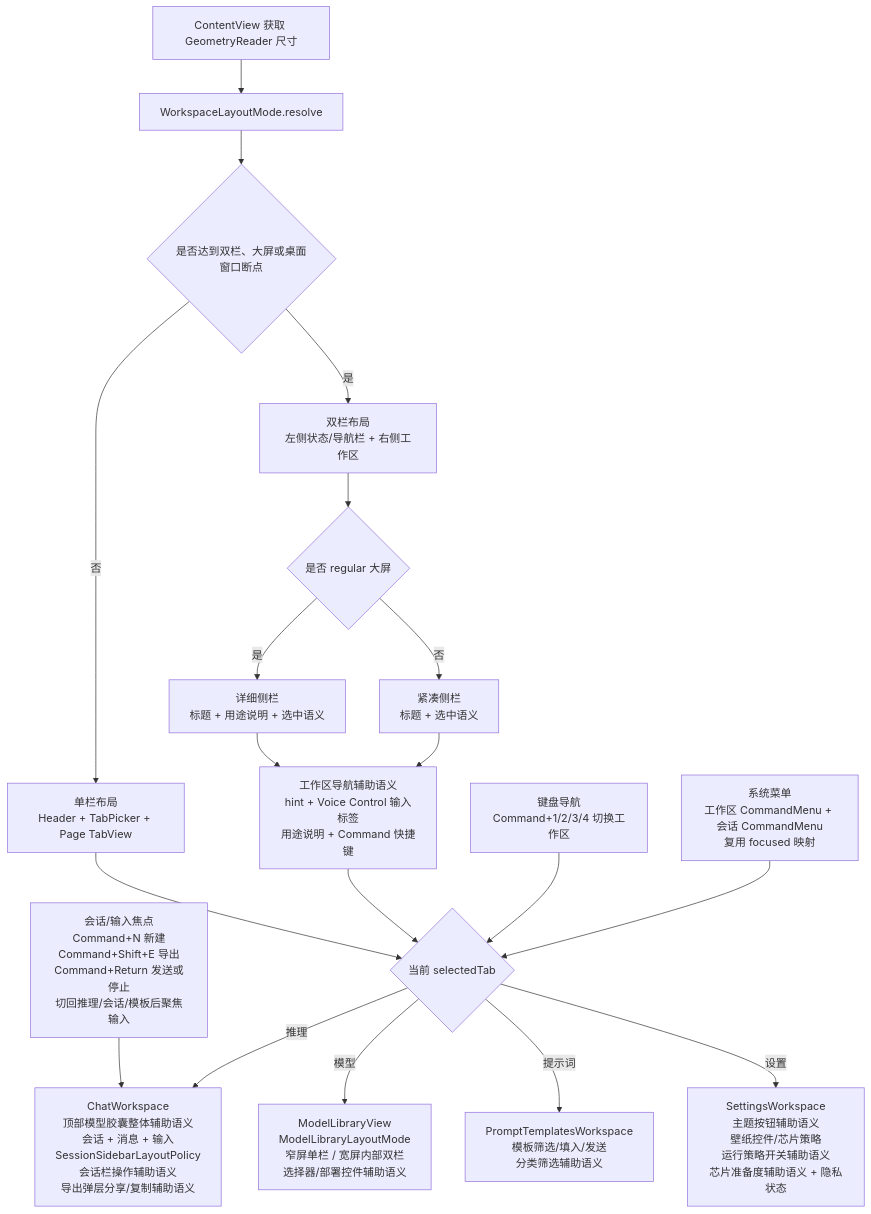
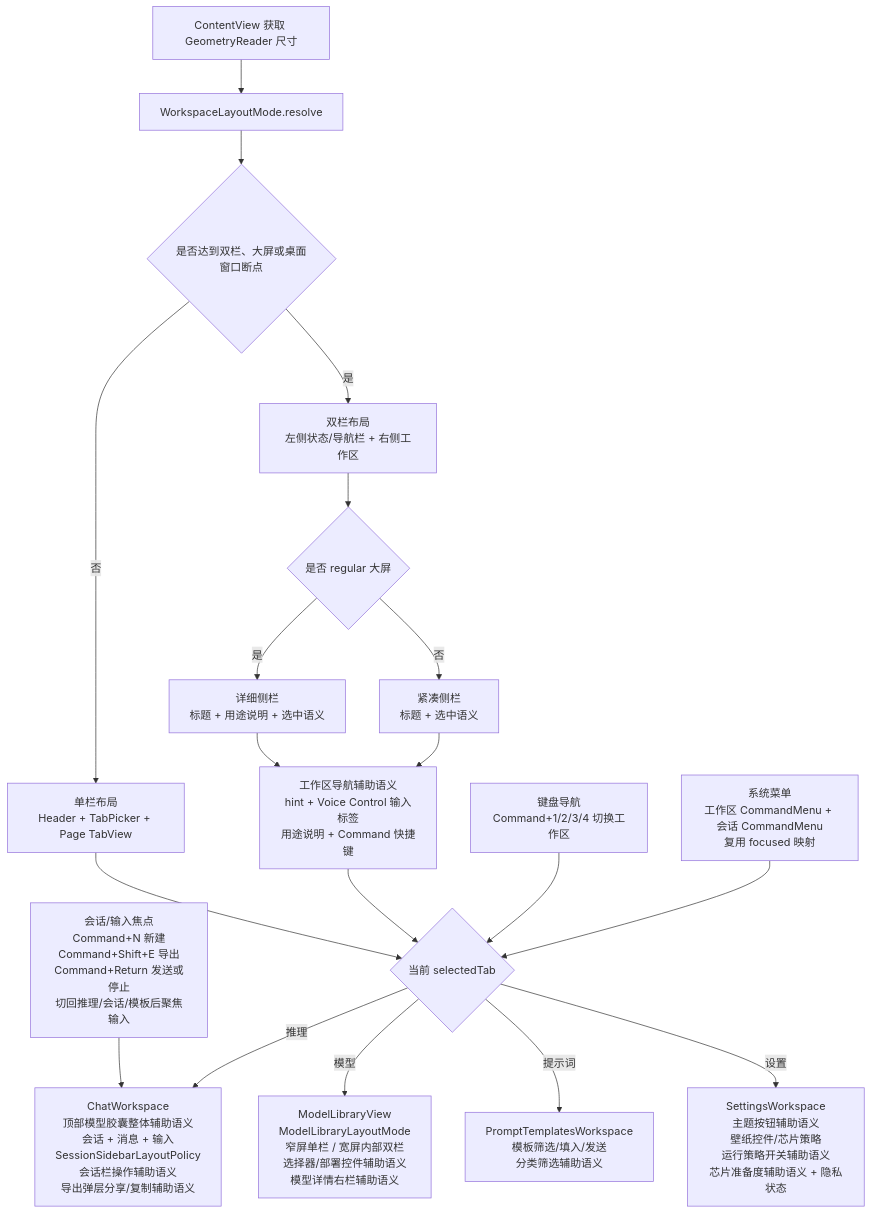
Before and after one commit to Altman-sam114/113: the fourth of 9 diagrams in md/flow/flowchart.md, drawn with Mermaid. The commit also changed other lines of this file and 8 other files, not shown here.

````diff
--- a/md/flow/flowchart.md
+++ b/md/flow/flowchart.md
@@ -68,21 +68,21 @@
 ```mermaid
 flowchart TD
     A[ContentView 获取 GeometryReader 尺寸] --> B[WorkspaceLayoutMode.resolve]
     B --> C{是否达到双栏、大屏或桌面窗口断点}
     C -- 否 --> D[单栏布局<br/>Header + TabPicker + Page TabView]
     C -- 是 --> E[双栏布局<br/>左侧状态/导航栏 + 右侧工作区]
     E --> N{是否 regular 大屏}
     N -- 是 --> O[详细侧栏<br/>标题 + 用途说明 + 选中语义]
     N -- 否 --> P[紧凑侧栏<br/>标题 + 选中语义]
     D --> F{当前 selectedTab}
     O --> X[工作区导航辅助语义<br/>hint + Voice Control 输入标签<br/>用途说明 + Command 快捷键]
     P --> X
     X --> F
     K[键盘导航<br/>Command+1/2/3/4 切换工作区] --> F
     M[系统菜单<br/>工作区 CommandMenu + 会话 CommandMenu<br/>复用 focused 映射] --> F
     L[会话/输入焦点<br/>Command+N 新建<br/>Command+Shift+E 导出<br/>Command+Return 发送或停止<br/>切回推理/会话/模板后聚焦输入] --> G
     F -- 推理 --> G[ChatWorkspace<br/>顶部模型胶囊整体辅助语义<br/>会话 + 消息 + 输入<br/>SessionSidebarLayoutPolicy<br/>会话栏操作辅助语义<br/>导出弹层分享/复制辅助语义]
-    F -- 模型 --> H[ModelLibraryView<br/>ModelLibraryLayoutMode<br/>窄屏单栏 / 宽屏内部双栏<br/>选择器/部署控件辅助语义]
+    F -- 模型 --> H[ModelLibraryView<br/>ModelLibraryLayoutMode<br/>窄屏单栏 / 宽屏内部双栏<br/>选择器/部署控件辅助语义<br/>模型详情右栏辅助语义]
     F -- 提示词 --> I[PromptTemplatesWorkspace<br/>模板筛选/填入/发送<br/>分类筛选辅助语义]
     F -- 设置 --> J[SettingsWorkspace<br/>主题按钮辅助语义<br/>壁纸控件/芯片策略<br/>运行策略开关辅助语义<br/>芯片准备度辅助语义 + 隐私状态]
 ```
````
